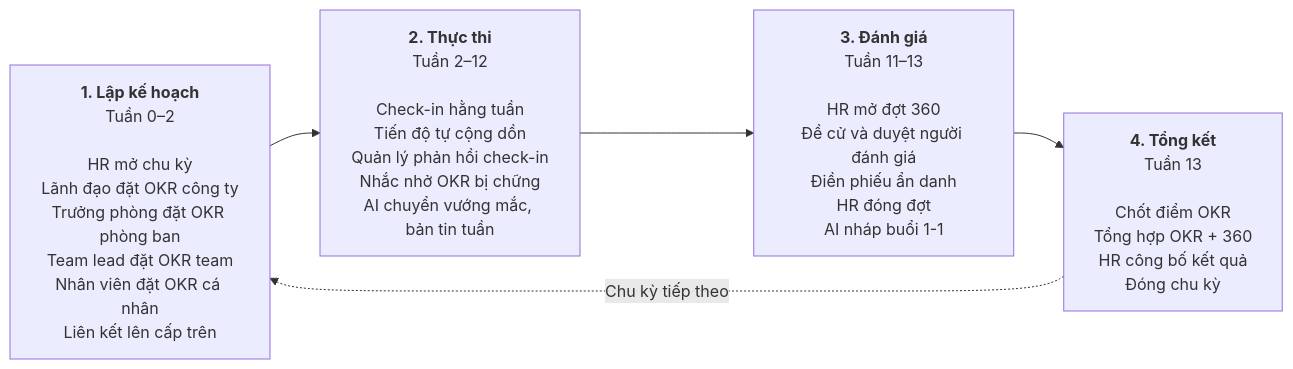
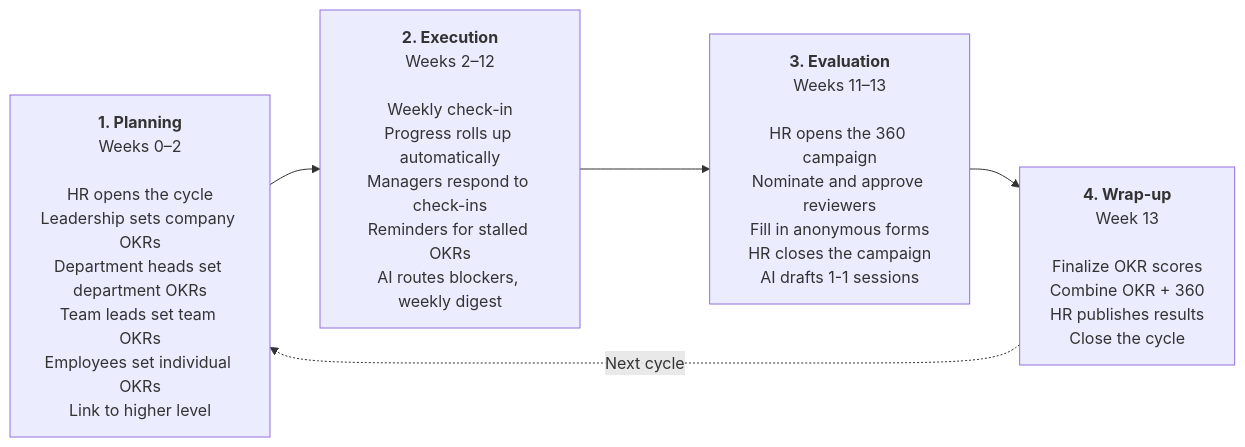
Before and after one commit to Akaza-ban/OCK-360: the diagram in docs/01-scope.md, drawn with Mermaid. The commit also changed other lines of this file and 24 other files, not shown here.

````diff
--- a/docs/01-scope.md
+++ b/docs/01-scope.md
@@ -39,9 +39,9 @@
 ```mermaid
 flowchart LR
-    A["<b>1. Lập kế hoạch</b><br/>Tuần 0–2<br/><br/>HR mở chu kỳ<br/>Lãnh đạo đặt OKR công ty<br/>Trưởng phòng đặt OKR phòng ban<br/>Team lead đặt OKR team<br/>Nhân viên đặt OKR cá nhân<br/>Liên kết lên cấp trên"]
-    B["<b>2. Thực thi</b><br/>Tuần 2–12<br/><br/>Check-in hằng tuần<br/>Tiến độ tự cộng dồn<br/>Quản lý phản hồi check-in<br/>Nhắc nhở OKR bị chững<br/>AI chuyển vướng mắc, bản tin tuần"]
-    C["<b>3. Đánh giá</b><br/>Tuần 11–13<br/><br/>HR mở đợt 360<br/>Đề cử và duyệt người đánh giá<br/>Điền phiếu ẩn danh<br/>HR đóng đợt<br/>AI nháp buổi 1-1"]
-    D["<b>4. Tổng kết</b><br/>Tuần 13<br/><br/>Chốt điểm OKR<br/>Tổng hợp OKR + 360<br/>HR công bố kết quả<br/>Đóng chu kỳ"]
+    A["<b>1. Planning</b><br/>Weeks 0–2<br/><br/>HR opens the cycle<br/>Leadership sets company OKRs<br/>Department heads set department OKRs<br/>Team leads set team OKRs<br/>Employees set individual OKRs<br/>Link to higher level"]
+    B["<b>2. Execution</b><br/>Weeks 2–12<br/><br/>Weekly check-in<br/>Progress rolls up automatically<br/>Managers respond to check-ins<br/>Reminders for stalled OKRs<br/>AI routes blockers, weekly digest"]
+    C["<b>3. Evaluation</b><br/>Weeks 11–13<br/><br/>HR opens the 360 campaign<br/>Nominate and approve reviewers<br/>Fill in anonymous forms<br/>HR closes the campaign<br/>AI drafts 1-1 sessions"]
+    D["<b>4. Wrap-up</b><br/>Week 13<br/><br/>Finalize OKR scores<br/>Combine OKR + 360<br/>HR publishes results<br/>Close the cycle"]
     A --> B --> C --> D
-    D -. "Chu kỳ tiếp theo" .-> A
+    D -. "Next cycle" .-> A
 ```
````
